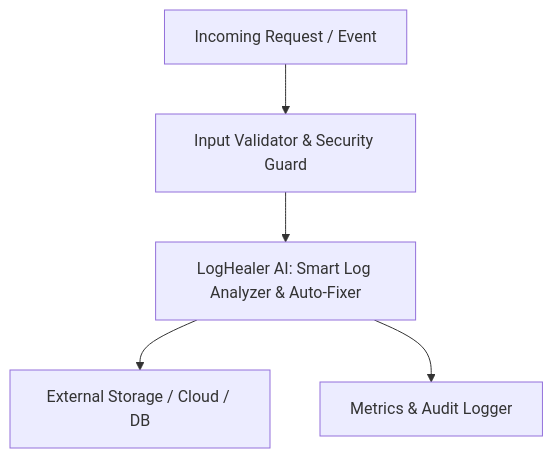
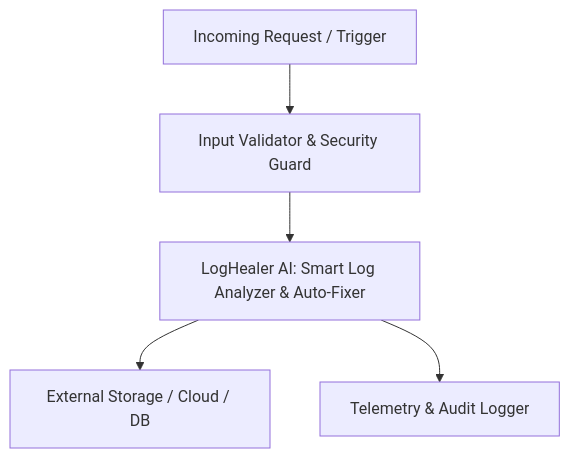
One commit to smit-backend/laravel-log-healer changed the diagram in README.md. Above: the diagram before and after it, drawn with Mermaid. The commit also changed other lines of this file, not shown here.

Commit message:
docs(readme): add detailed architectural flowchart, usage examples, and badges

````diff
--- a/README.md
+++ b/README.md
@@ -23,7 +23,7 @@
 ```mermaid
 graph TD
-    Client[Incoming Request / Event] --> Gate[Input Validator & Security Guard]
+    Client[Incoming Request / Trigger] --> Gate[Input Validator & Security Guard]
     Gate --> CoreEngine[LogHealer AI: Smart Log Analyzer & Auto-Fixer]
     CoreEngine --> Adapter[External Storage / Cloud / DB]
-    CoreEngine --> Observer[Metrics & Audit Logger]
+    CoreEngine --> Observer[Telemetry & Audit Logger]
 ```
````
